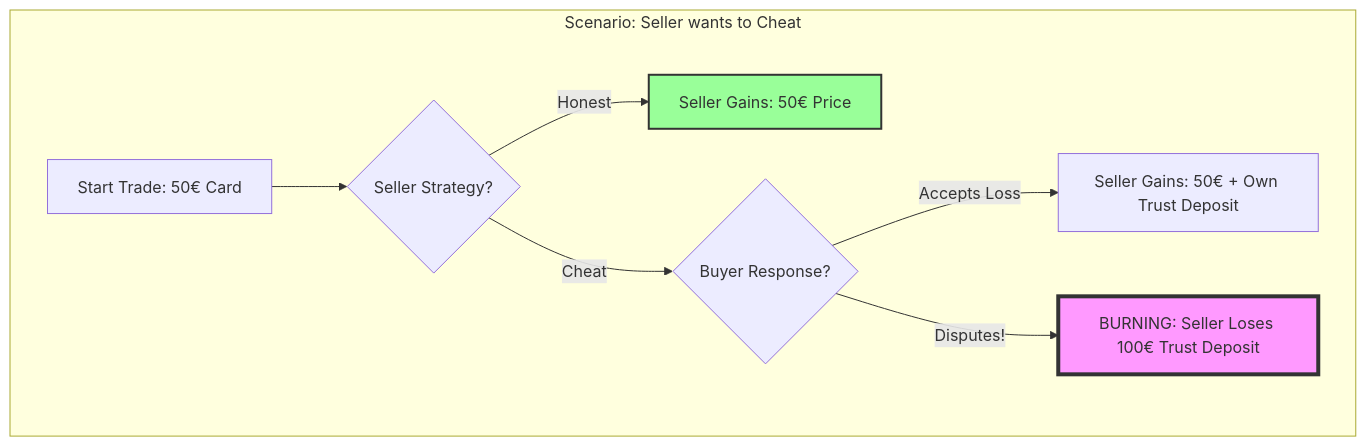
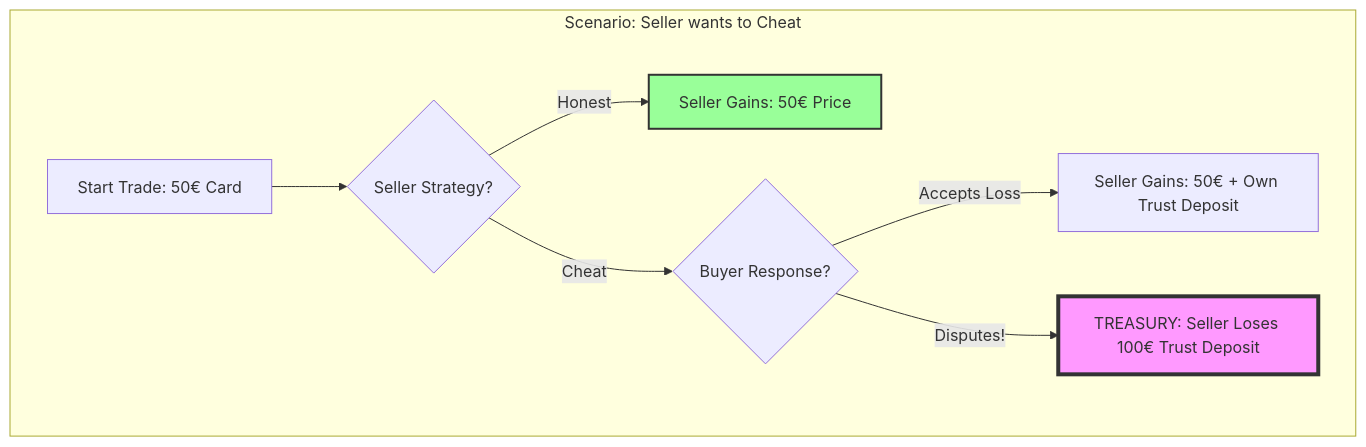
The first of 2 diagrams in Clod/2_SecretBox_WhitePaper.md (boobaGreen/GiftBlitzFull), drawn with Mermaid before and after one commit. The commit also changed other lines of this file and 13 other files, not shown here.

````diff
--- a/Clod/2_SecretBox_WhitePaper.md
+++ b/Clod/2_SecretBox_WhitePaper.md
@@ -30,12 +37,12 @@
 ```mermaid
 graph TD
     subgraph "Scenario: Seller wants to Cheat"
     A[Start Trade: 50€ Card] --> B{Seller Strategy?}
     B -- Honest --> C[Seller Gains: 50€ Price]
     B -- Cheat --> D{Buyer Response?}
     D -- Accepts Loss --> E[Seller Gains: 50€ + Own Trust Deposit]
-    D -- Disputes! --> F[BURNING: Seller Loses 100€ Trust Deposit]
+    D -- Disputes! --> F[TREASURY: Seller Loses 100€ Trust Deposit]
     end
     style F fill:#f9f,stroke:#333,stroke-width:4px
     style C fill:#9f9,stroke:#333,stroke-width:2px
 ```
````
